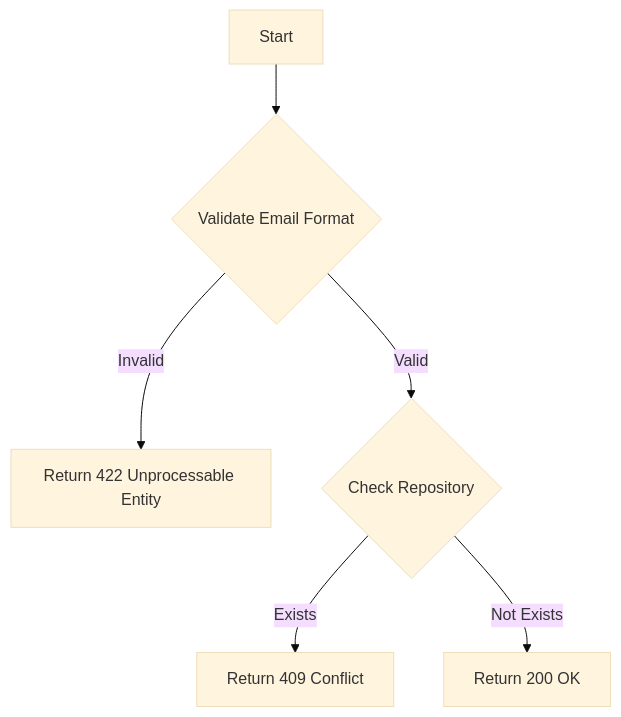
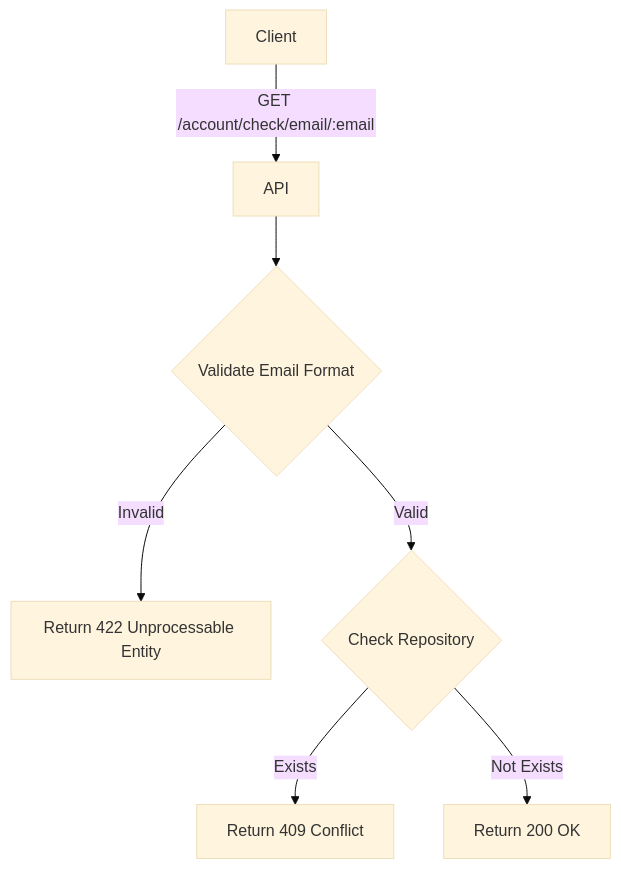
Before and after one commit to leandroluk/investor: the diagram in apps/doc/src/content/api/account/check-email.mdx, drawn with Mermaid (base theme). The commit also changed 13 other files, not shown here.

````diff
--- a/apps/doc/src/content/api/account/check-email.mdx
+++ b/apps/doc/src/content/api/account/check-email.mdx
@@ -22,8 +22,9 @@
 ```mermaid
 flowchart TD
-    A[Start] --> B{Validate Email Format}
-    B -- Invalid --> C[Return 422 Unprocessable Entity]
-    B -- Valid --> D{Check Repository}
-    D -- Exists --> E[Return 409 Conflict]
-    D -- Not Exists --> F[Return 200 OK]
+    A["Client"] -- "GET /account/check/email/:email" --> B["API"]
+    B --> C{"Validate Email Format"}
+    C -- "Invalid" --> D["Return 422 Unprocessable Entity"]
+    C -- "Valid" --> E{"Check Repository"}
+    E -- "Exists" --> F["Return 409 Conflict"]
+    E -- "Not Exists" --> G["Return 200 OK"]
 ```
````
